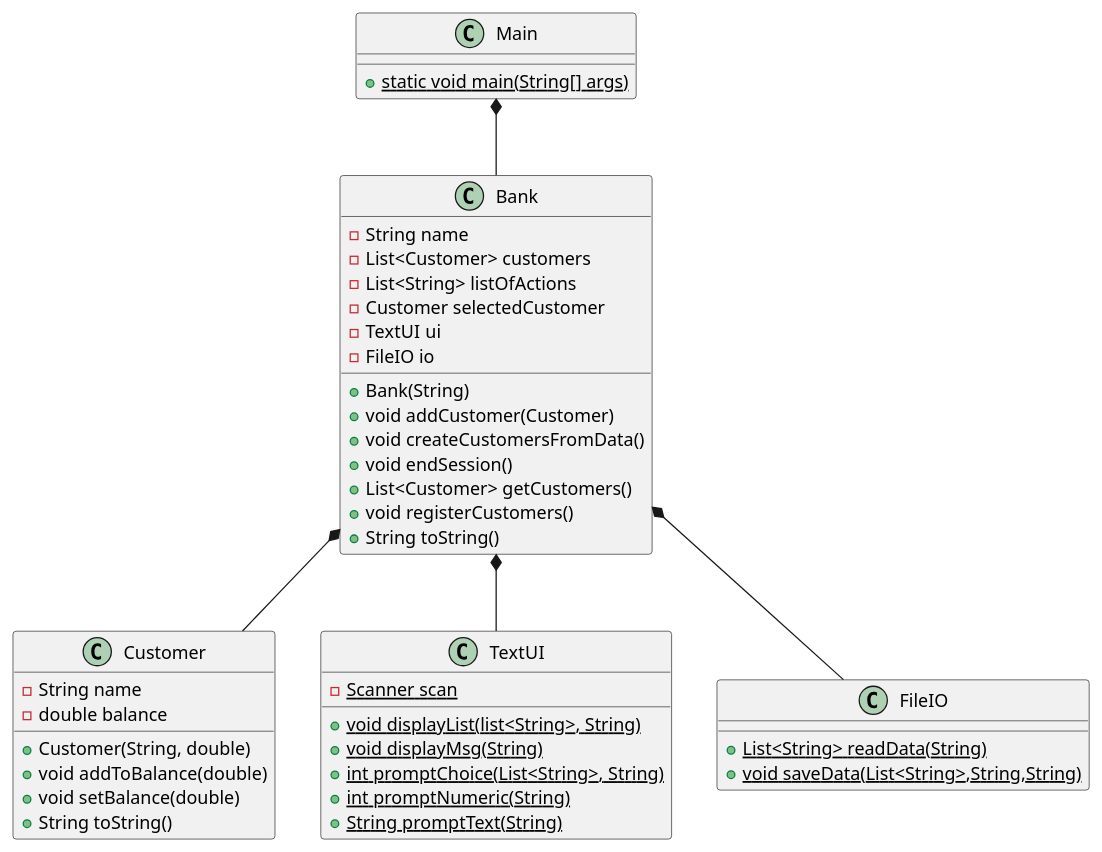
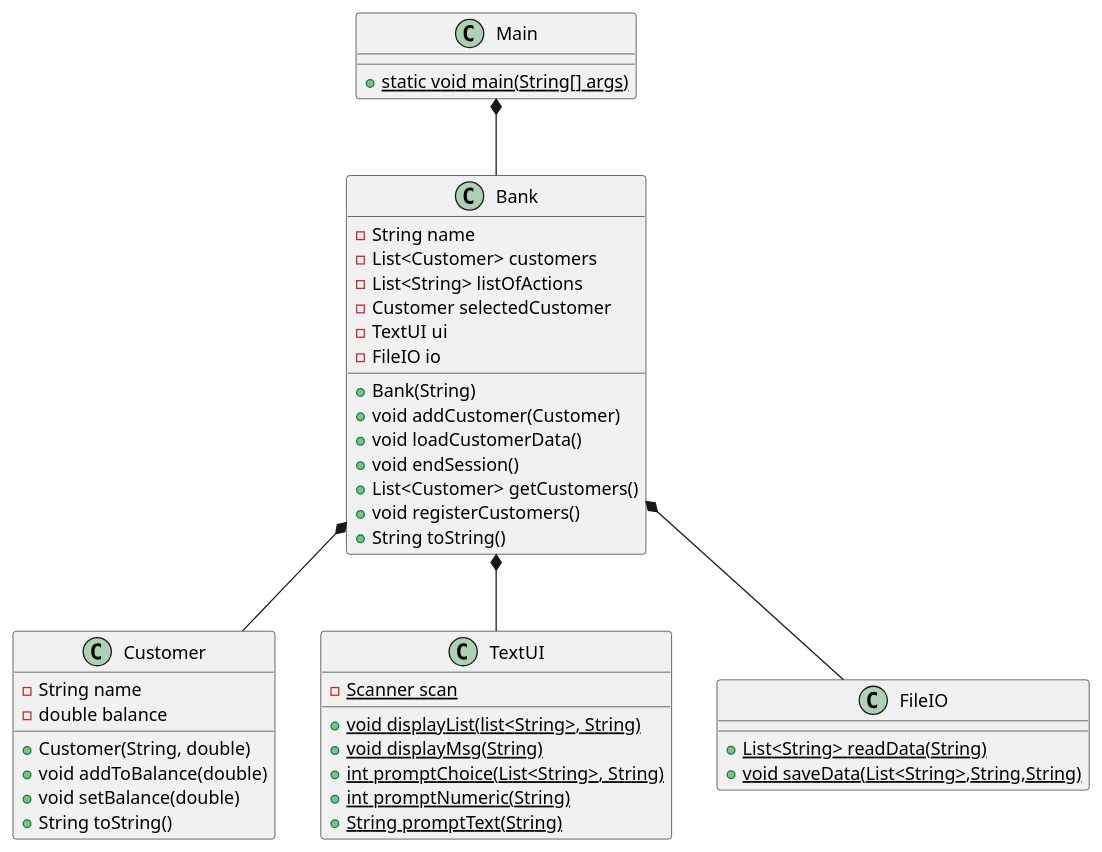
Before and after one commit to Dat1Cphbusiness/MonopolyE24: the diagram in doc/classdiagram.puml, drawn with PlantUML. The commit also changed 2 other files, not shown here.

Commit message:
loadCustomerdata

```diff
--- a/doc/classdiagram.puml
+++ b/doc/classdiagram.puml
@@ -1,54 +1,54 @@
 @startuml
 class Main{
  {static}+ static void main(String[] args)
 
 }
 
 class Bank{
  - String name
  - List<Customer> customers
  - List<String> listOfActions
  - Customer selectedCustomer
  - TextUI ui
  - FileIO io
 
  + Bank(String)
  + void addCustomer(Customer)
- + void createCustomersFromData()
+ + void loadCustomerData()
  + void endSession()
  + List<Customer> getCustomers()
  + void registerCustomers()
  + String toString()
 }
 
 class Customer{
  - String name
  - double balance
  + Customer(String, double)
  + void addToBalance(double)
  + void setBalance(double)
  + String toString()
 
 }
 
 class TextUI{
  {static}- Scanner scan
  {static}+ void displayList(list<String>, String)
  {static}+ void displayMsg(String)
  {static}+ int promptChoice(List<String>, String)
  {static}+int promptNumeric(String)
  {static}+ String promptText(String)
 
 }
 class FileIO{
 {static}+List<String> readData(String)
 {static}+void saveData(List<String>,String,String)
 }
 
 
 Main *-- Bank
 Bank *-- Customer
 Bank *-- TextUI
 Bank *-- FileIO
 
 @enduml
```
